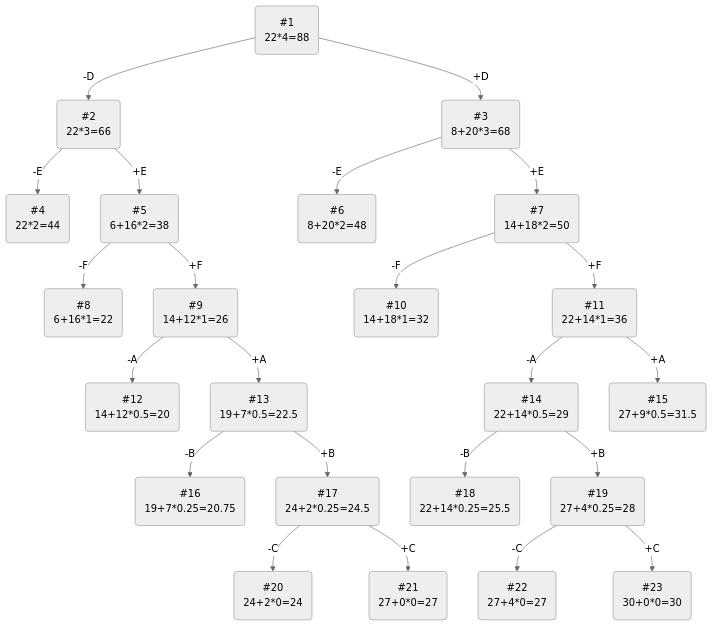
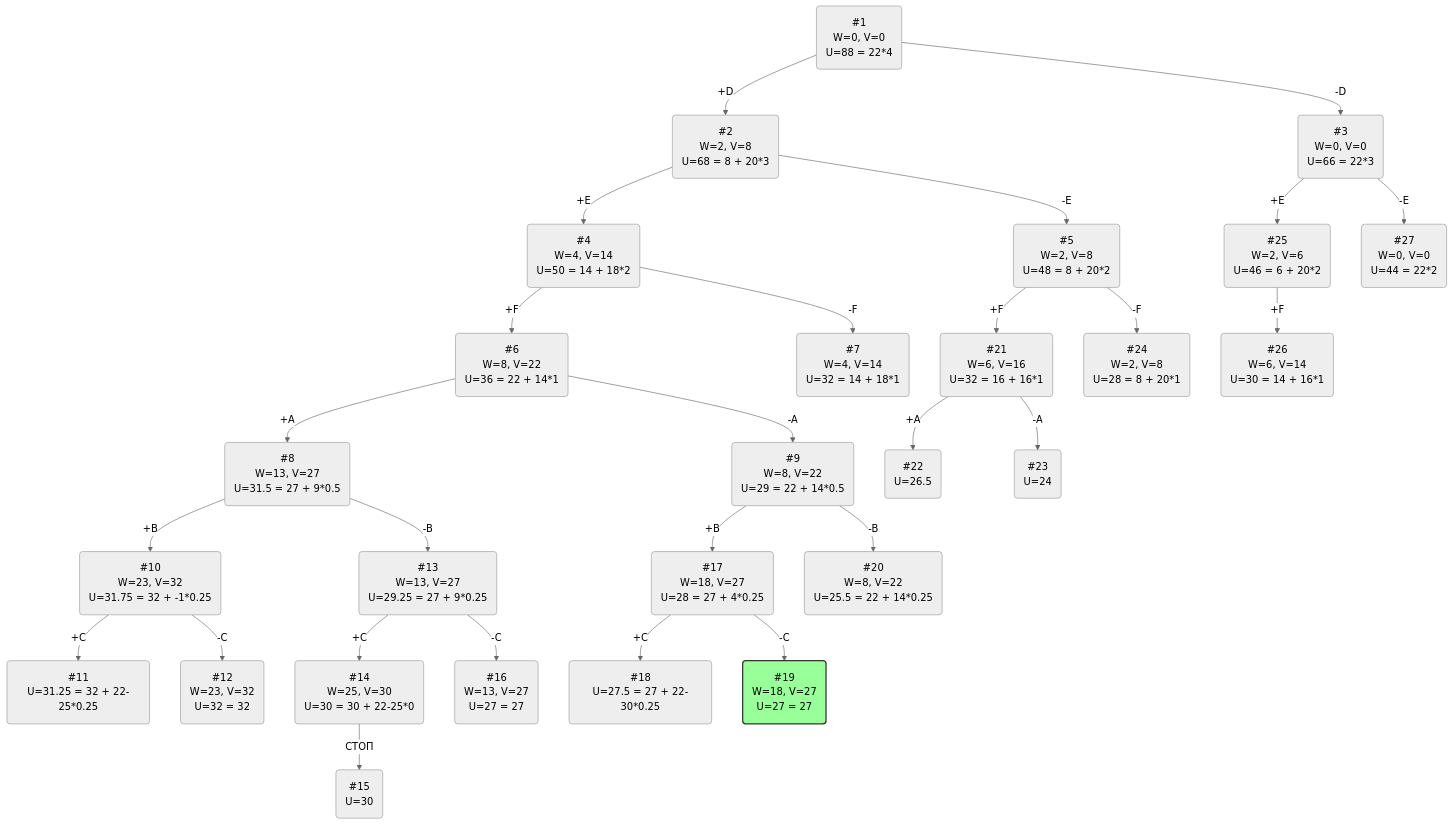
One commit to hse-algo-24-crow/manual-tasks-crow changed the diagram in task-11/digital-racers-task-11.md. Above: the diagram before and after it, drawn with Mermaid (neutral theme). The commit also changed other lines of this file, not shown here.

````diff
--- a/task-11/digital-racers-task-11.md
+++ b/task-11/digital-racers-task-11.md
@@ -53,25 +53,42 @@
 ```mermaid
 graph TB
-    1(#1\n22*4=88)-->|-D|2(#2\n22*3=66)
-    1-->|+D|3(#3\n8+20*3=68)
-    2-->|-E|4(#4\n22*2=44)
-    2-->|+E|5(#5\n6+16*2=38)
-    3-->|-E|6(#6\n8+20*2=48)
-    3-->|+E|7(#7\n14+18*2=50)
-    5-->|-F|8(#8\n6+16*1=22)
-    5-->|+F|9(#9\n14+12*1=26)
-    7-->|-F|10(#10\n14+18*1=32)
-    7-->|+F|11(#11\n22+14*1=36)
-    9-->|-A|12(#12\n14+12*0.5=20)
-    9-->|+A|13(#13\n19+7*0.5=22.5)
-    11-->|-A|14(#14\n22+14*0.5=29)
-    11-->|+A|15(#15\n27+9*0.5=31.5)
-    13-->|-B|16(#16\n19+7*0.25=20.75)
-    13-->|+B|17(#17\n24+2*0.25=24.5)
-    14-->|-B|18(#18\n22+14*0.25=25.5)
-    14-->|+B|19(#19\n27+4*0.25=28)
-    17-->|-C|20(#20\n24+2*0=24)
-    17-->|+C|21(#21\n27+0*0=27)
-    19-->|-C|22(#22\n27+4*0=27)
-    19-->|+C|23(#23\n30+0*0=30) 
+    1(#1\nW=0, V=0\nU=88 = 22*4) -->|+D| 2(#2\nW=2, V=8\nU=68 = 8 + 20*3)
+    1 -->|-D| 3(#3\nW=0, V=0\nU=66 = 22*3)
+
+    2 -->|+E| 4(#4\nW=4, V=14\nU=50 = 14 + 18*2)
+    2 -->|-E| 5(#5\nW=2, V=8\nU=48 = 8 + 20*2)
+
+    4 -->|+F| 6(#6\nW=8, V=22\nU=36 = 22 + 14*1)
+    4 -->|-F| 7(#7\nW=4, V=14\nU=32 = 14 + 18*1)
+    
+    6 -->|+A| 8(#8\nW=13, V=27\nU=31.5 = 27 + 9*0.5)
+    6 -->|-A| 9(#9\nW=8, V=22\nU=29 = 22 + 14*0.5)
+
+    8 -->|+B| 10(#10\nW=23, V=32\nU=31.75 = 32 + -1*0.25)
+    10 -->|+C| 11(#11\nU=31.25 = 32 + 22-25*0.25)
+    10 -->|-C| 12(#12\nW=23, V=32\nU=32 = 32)
+
+    8 -->|-B| 13(#13\nW=13, V=27\nU=29.25 = 27 + 9*0.25)
+    13 -->|+C| 14(#14\nW=25, V=30\nU=30 = 30 + 22-25*0)
+    14 -->|СТОП| 15(#15\n U=30)
+    13 -->|-C| 16(#16\nW=13, V=27\nU=27 = 27)
+    
+    9 -->|+B| 17(#17\nW=18, V=27\nU=28 = 27 + 4*0.25)
+    17 -->|+C| 18(#18\nU=27.5 = 27 + 22-30*0.25)
+    17 -->|-C| 19(#19\nW=18, V=27\nU=27 = 27)
+    
+    9 -->|-B| 20(#20\nW=8, V=22\nU=25.5 = 22 + 14*0.25)
+
+    5 -->|+F| 21(#21\nW=6, V=16\nU=32 = 16 + 16*1)
+    21 -->|+A| 22(#22\nU=26.5)
+    21 -->|-A| 23(#23\nU=24)
+    
+    5 -->|-F| 24(#24\nW=2, V=8\nU=28 = 8 + 20*1)
+    
+    3 -->|+E| 25(#25\nW=2, V=6\nU=46 = 6 + 20*2)
+    25 -->|+F| 26(#26\nW=6, V=14\nU=30 = 14 + 16*1)
+    
+    3 -->|-E| 27(#27\nW=0, V=0\nU=44 = 22*2)
+    
+    style 19 fill:#9f9,stroke:#333,stroke-width:2px
 ```
````
